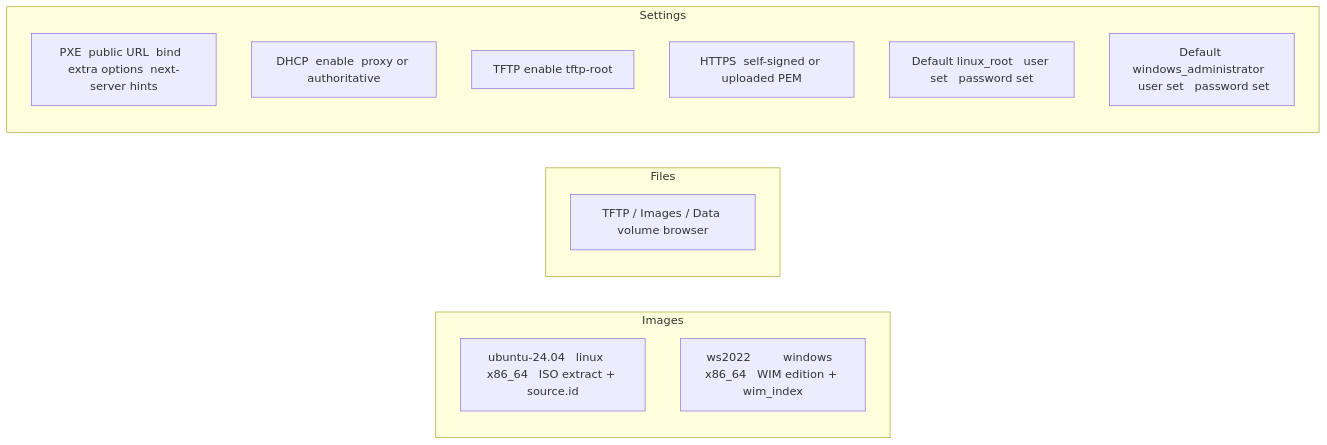
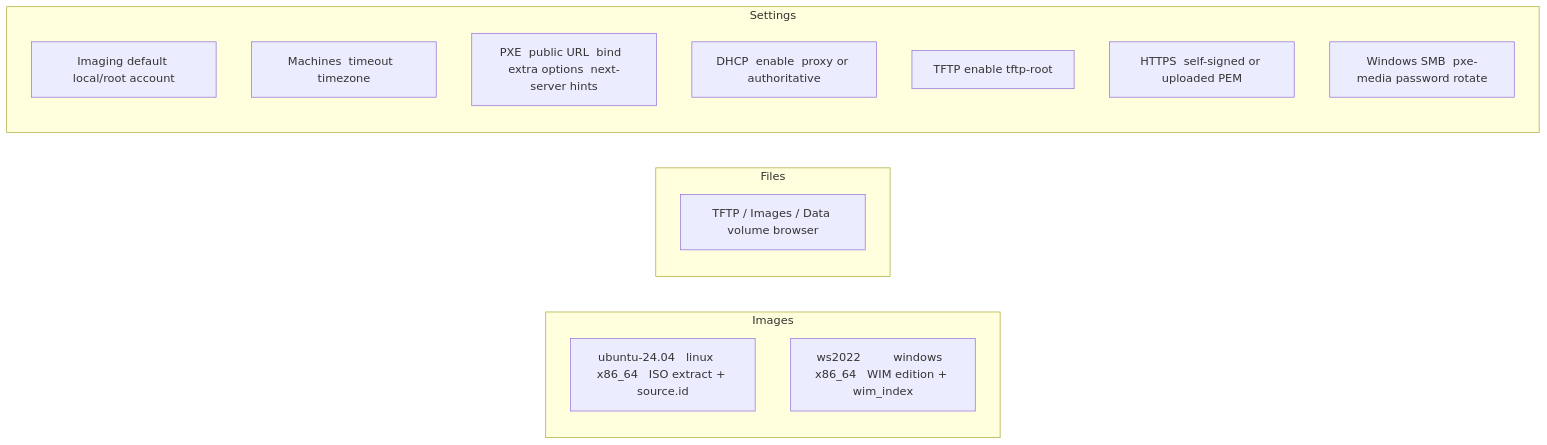
Diagram 14 of 24 in ARCHITECTURE.md (hometinker12/home-lab-pxe), drawn with Mermaid before and after one commit. The commit also changed 30 other files, not shown here.

First line of the commit message:
Cut 0.3.3 with SMB rotate, settings attention, and Ubuntu autoinstall fixes

````diff
--- a/ARCHITECTURE.md
+++ b/ARCHITECTURE.md
@@ -321,18 +321,19 @@
 ```mermaid
 flowchart LR
   subgraph images["Images"]
     Limg["ubuntu-24.04   linux    x86_64   ISO extract + source.id"]
     Wimg["ws2022         windows  x86_64   WIM edition + wim_index"]
   end
   subgraph files["Files"]
     Browser["TFTP / Images / Data volume browser"]
   end
   subgraph settings["Settings"]
+    Acc["Imaging default local/root account"]
+    Mach["Machines  timeout  timezone"]
     Pxe["PXE  public URL  bind  extra options  next-server hints"]
     Dhcp["DHCP  enable  proxy or authoritative"]
     Tftp["TFTP  enable  tftp-root"]
     Tls["HTTPS  self-signed or uploaded PEM"]
-    DefL["Default linux_root   user set   password set"]
-    DefW["Default windows_administrator   user set   password set"]
+    Smb["Windows SMB  pxe-media password rotate"]
   end
 ```
````
